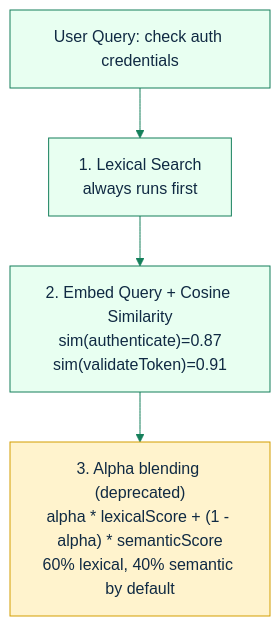
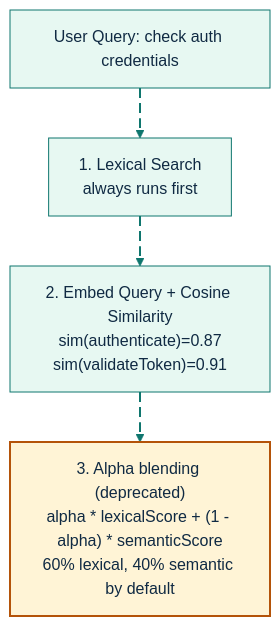
The fourth of 13 diagrams in docs/feature-deep-dives/semantic-engine.md (GlitterKill/sdl-mcp), drawn with Mermaid before and after one commit. The commit also changed other lines of this file and 33 other files, not shown here.

First line of the commit message:
docs: update mermaid diagram themes and styling across documentation

````diff
--- a/docs/feature-deep-dives/semantic-engine.md
+++ b/docs/feature-deep-dives/semantic-engine.md
@@ -283,9 +313,18 @@
 ```mermaid
-%%{init: {"theme":"base","themeVariables":{"primaryColor":"#e8fff1","primaryBorderColor":"#157f5b","primaryTextColor":"#102a43","secondaryColor":"#eef6ff","secondaryBorderColor":"#2563eb","tertiaryColor":"#fff4d6","tertiaryBorderColor":"#b45309","lineColor":"#157f5b","fontFamily":"Trebuchet MS, Arial"},"flowchart":{"curve":"basis"}}}%%
+%%{init: {"theme":"base","themeVariables":{"background":"#ffffff","primaryColor":"#E7F8F2","primaryBorderColor":"#0F766E","primaryTextColor":"#102A43","secondaryColor":"#E8F1FF","secondaryBorderColor":"#2563EB","secondaryTextColor":"#102A43","tertiaryColor":"#FFF4D6","tertiaryBorderColor":"#B45309","tertiaryTextColor":"#102A43","lineColor":"#0F766E","textColor":"#102A43","fontFamily":"Inter, ui-sans-serif, system-ui, -apple-system, BlinkMacSystemFont, Segoe UI, sans-serif"},"flowchart":{"curve":"basis","htmlLabels":true}}}%%
 flowchart TD
-    Query["User Query: check auth credentials"] --> Lexical["1. Lexical Search<br/>always runs first"]
-    Lexical --> Embed["2. Embed Query + Cosine Similarity<br/>sim(authenticate)=0.87<br/>sim(validateToken)=0.91"]
-    Embed --> Blend["3. Alpha blending (deprecated)<br/>alpha * lexicalScore + (1 - alpha) * semanticScore<br/>60% lexical, 40% semantic by default"]
+    Query["User Query: check auth credentials"] e1@--> Lexical["1. Lexical Search<br/>always runs first"]
+    Lexical e2@--> Embed["2. Embed Query + Cosine Similarity<br/>sim(authenticate)=0.87<br/>sim(validateToken)=0.91"]
+    Embed e3@--> Blend["3. Alpha blending (deprecated)<br/>alpha * lexicalScore + (1 - alpha) * semanticScore<br/>60% lexical, 40% semantic by default"]
 
-    style Blend fill:#fff3cd,stroke:#d39e00
+    style Blend fill:#FFF4D6,stroke:#B45309,stroke-width:2px,color:#102A43
+
+    classDef source fill:#E7F8F2,stroke:#0F766E,stroke-width:2px,color:#102A43;
+    classDef process fill:#E8F1FF,stroke:#2563EB,stroke-width:2px,color:#102A43;
+    classDef decision fill:#FFF4D6,stroke:#B45309,stroke-width:2px,color:#102A43;
+    classDef storage fill:#F2E8FF,stroke:#7C3AED,stroke-width:2px,color:#102A43;
+    classDef output fill:#FFE8EF,stroke:#BE123C,stroke-width:2px,color:#102A43;
+    classDef muted fill:#F8FAFC,stroke:#64748B,stroke-width:1px,color:#102A43;
+    classDef animate stroke:#0F766E,stroke-width:2px,stroke-dasharray:10\,5,stroke-dashoffset:900,animation:dash 22s linear infinite;
+    class e1,e2,e3 animate;
 ```
````
